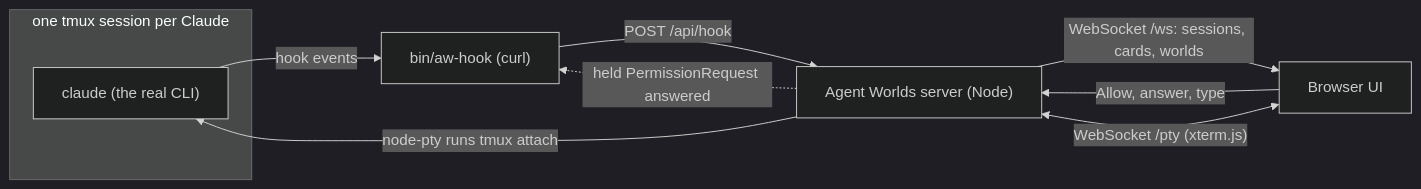
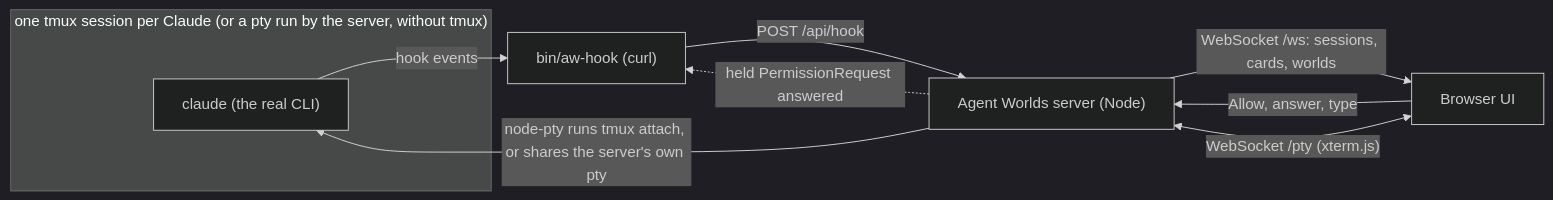
Before and after one commit to AhmedMerza/agent-worlds: the diagram in README.md, drawn with Mermaid (dark theme). The commit also changed other lines of this file, not shown here.

Commit message:
README: worlds take any folder, tmux is optional, copying and Update now

````diff
--- a/README.md
+++ b/README.md
@@ -224,13 +249,13 @@
 ```mermaid
 flowchart LR
-  subgraph tmux["one tmux session per Claude"]
+  subgraph tmux["one tmux session per Claude (or a pty run by the server, without tmux)"]
     C["claude (the real CLI)"]
   end
   C -- "hook events" --> H["bin/aw-hook (curl)"]
   H -- "POST /api/hook" --> S["Agent Worlds server (Node)"]
   S -- "WebSocket /ws: sessions, cards, worlds" --> B["Browser UI"]
   B -- "Allow, answer, type" --> S
   S -. "held PermissionRequest answered" .-> H
   B <-- "WebSocket /pty (xterm.js)" --> S
-  S -- "node-pty runs tmux attach" --> C
+  S -- "node-pty runs tmux attach, or shares the server's own pty" --> C
 ```
````
